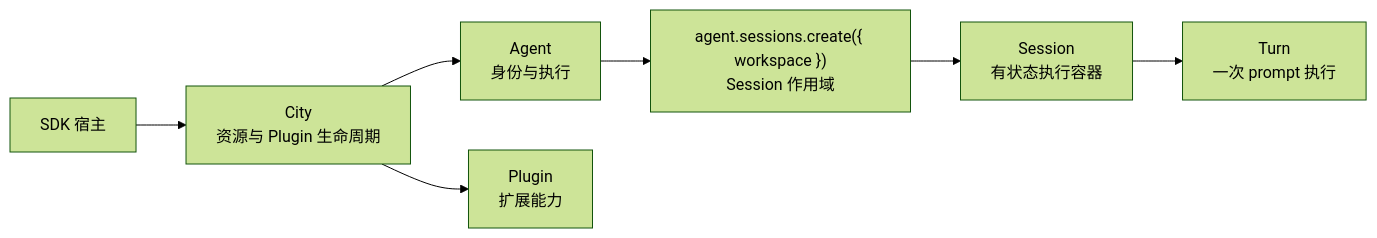
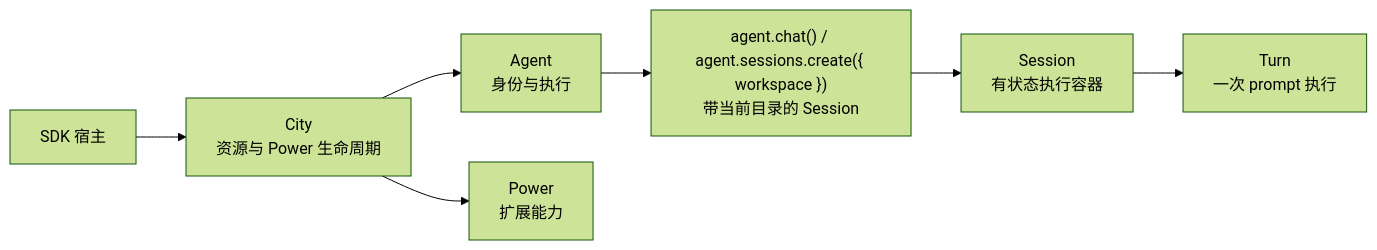
Before and after one commit to genesiscosmos/downcity: the diagram in homepage/content/agent-sdk-docs/zh/index.mdx, drawn with Mermaid (forest theme). The commit also changed other lines of this file and 697 other files, not shown here.

First line of the commit message:
refactor(power): Plugin 词汇与文档路径全面收敛为 Power

````diff
--- a/homepage/content/agent-sdk-docs/zh/index.mdx
+++ b/homepage/content/agent-sdk-docs/zh/index.mdx
@@ -11,9 +11,9 @@
 ```mermaid
 flowchart LR
-    Host["SDK 宿主"] --> City["City<br/>资源与 Plugin 生命周期"]
+    Host["SDK 宿主"] --> City["City<br/>资源与 Power 生命周期"]
     City --> Agent["Agent<br/>身份与执行"]
-    Agent --> Workspace["agent.sessions.create({ workspace })<br/>Session 作用域"]
+    Agent --> Workspace["agent.chat() / agent.sessions.create({ workspace })<br/>带当前目录的 Session"]
     Workspace --> Session["Session<br/>有状态执行容器"]
     Session --> Turn["Turn<br/>一次 prompt 执行"]
-    City --> Plugin["Plugin<br/>扩展能力"]
+    City --> Power["Power<br/>扩展能力"]
 ```
````
